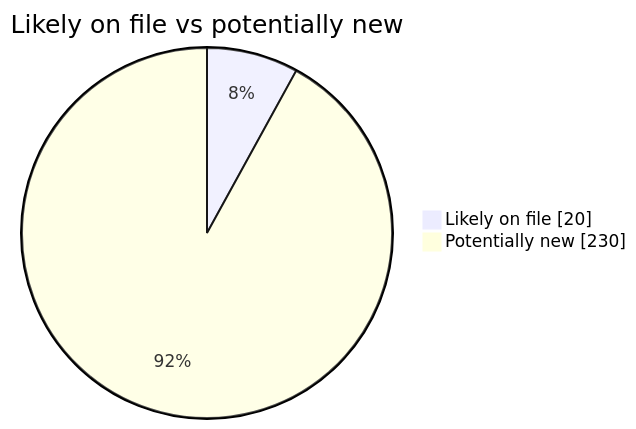
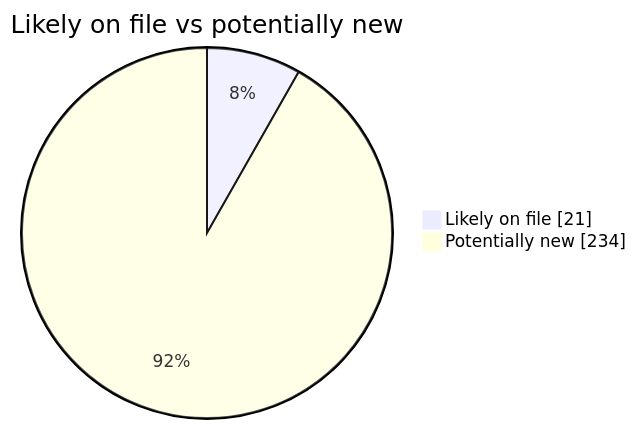
One commit to martinbalfanz/social-scanner-reports changed the second of 4 diagrams in README.md. Above: the diagram before and after it, drawn with Mermaid. The commit also changed other lines of this file and 2 other files, not shown here.

````diff
--- a/README.md
+++ b/README.md
@@ -40,5 +40,5 @@
 ```mermaid
 pie showData title Likely on file vs potentially new
-    "Likely on file" : 20
-    "Potentially new" : 230
+    "Likely on file" : 21
+    "Potentially new" : 234
 ```
````
